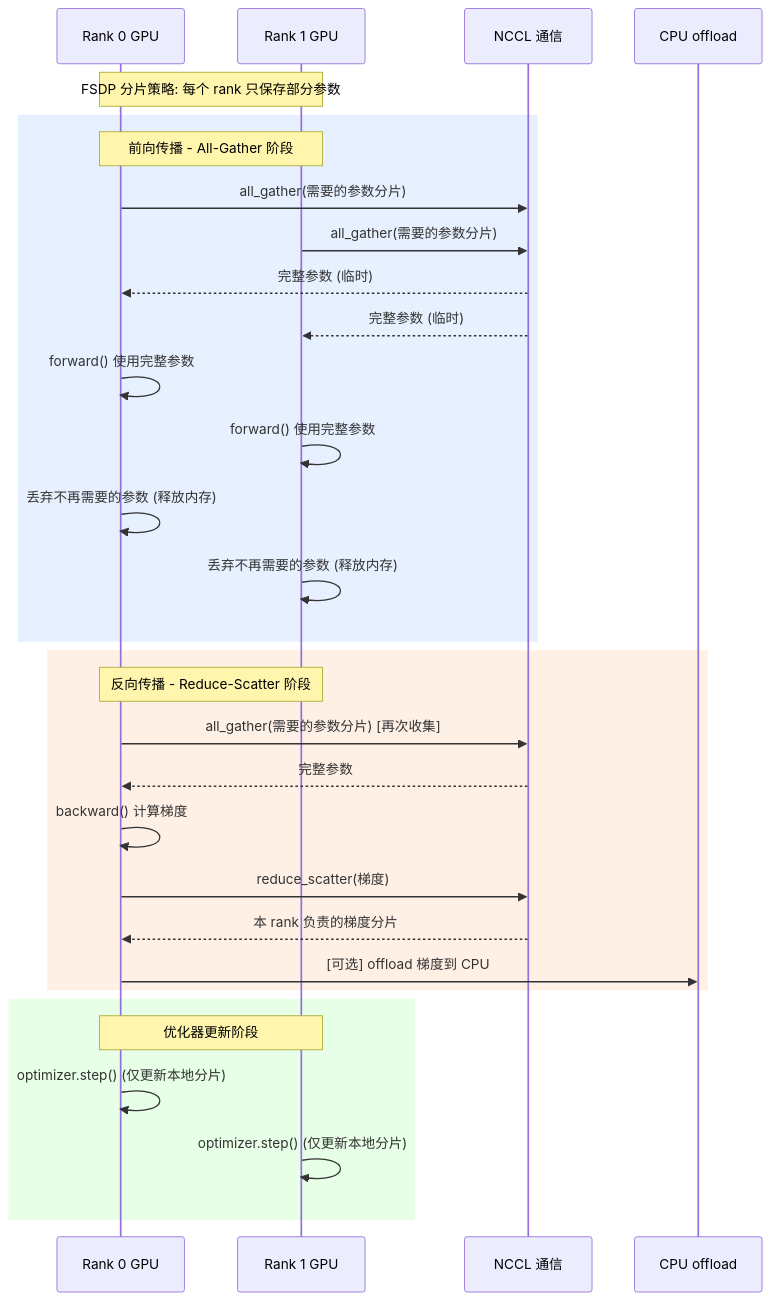
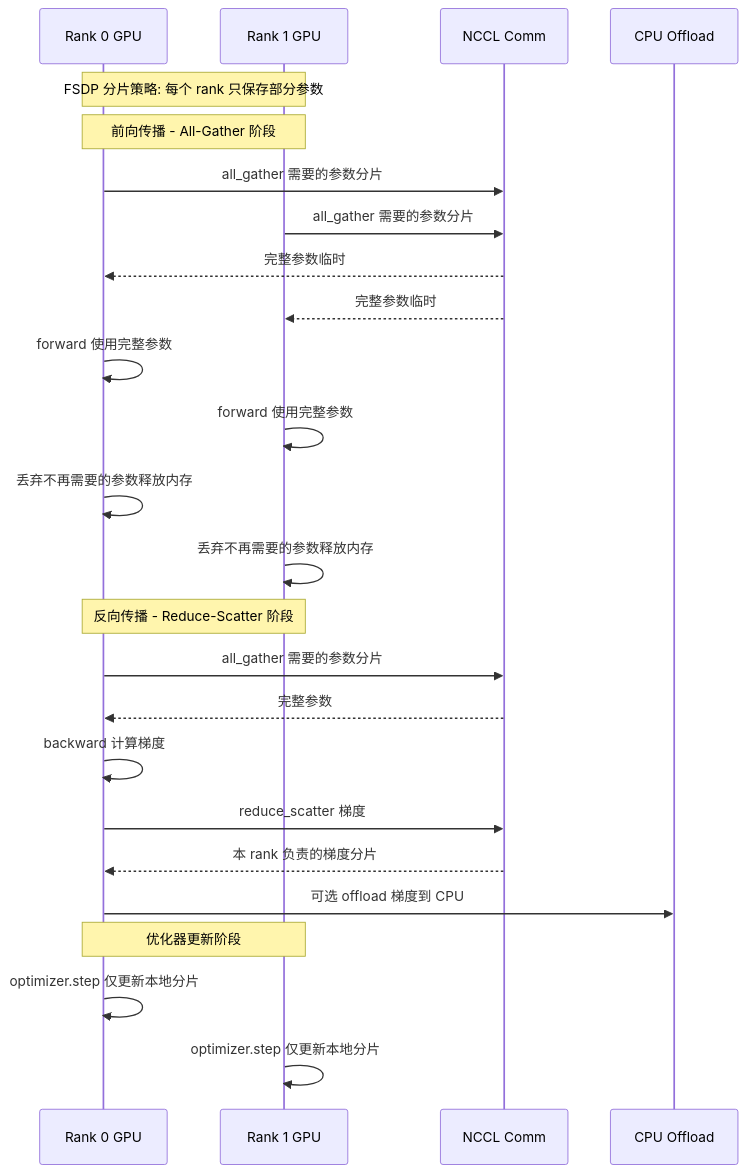
The sixth of 8 diagrams in AI Infra相关/Pytorch/pytorch的整体框架.md (carlvinhust2012/MyStudy), drawn with Mermaid before and after one commit. The commit also changed other lines of this file, not shown here.

````diff
--- a/AI Infra相关/Pytorch/pytorch的整体框架.md
+++ b/AI Infra相关/Pytorch/pytorch的整体框架.md
@@ -600,37 +589,31 @@
 ```mermaid
 sequenceDiagram
     participant R0 as Rank 0 GPU
     participant R1 as Rank 1 GPU
-    participant NCCL as NCCL 通信
-    participant CPU as CPU offload
+    participant NCCL as NCCL Comm
+    participant CPUOffload as CPU Offload
 
     Note over R0,R1: FSDP 分片策略: 每个 rank 只保存部分参数
 
-    rect rgb(230, 240, 255)
-        Note over R0,R1: 前向传播 - All-Gather 阶段
-        R0->>NCCL: all_gather(需要的参数分片)
-        R1->>NCCL: all_gather(需要的参数分片)
-        NCCL-->>R0: 完整参数 (临时)
-        NCCL-->>R1: 完整参数 (临时)
-        R0->>R0: forward() 使用完整参数
-        R1->>R1: forward() 使用完整参数
-        R0->>R0: 丢弃不再需要的参数 (释放内存)
-        R1->>R1: 丢弃不再需要的参数 (释放内存)
-    end
+    Note over R0,R1: 前向传播 - All-Gather 阶段
+    R0->>NCCL: all_gather 需要的参数分片
+    R1->>NCCL: all_gather 需要的参数分片
+    NCCL-->>R0: 完整参数临时
+    NCCL-->>R1: 完整参数临时
+    R0->>R0: forward 使用完整参数
+    R1->>R1: forward 使用完整参数
+    R0->>R0: 丢弃不再需要的参数释放内存
+    R1->>R1: 丢弃不再需要的参数释放内存
 
-    rect rgb(255, 240, 230)
-        Note over R0,R1: 反向传播 - Reduce-Scatter 阶段
-        R0->>NCCL: all_gather(需要的参数分片) [再次收集]
-        NCCL-->>R0: 完整参数
-        R0->>R0: backward() 计算梯度
-        R0->>NCCL: reduce_scatter(梯度)
-        NCCL-->>R0: 本 rank 负责的梯度分片
-        R0->>CPU: [可选] offload 梯度到 CPU
-    end
+    Note over R0,R1: 反向传播 - Reduce-Scatter 阶段
+    R0->>NCCL: all_gather 需要的参数分片
+    NCCL-->>R0: 完整参数
+    R0->>R0: backward 计算梯度
+    R0->>NCCL: reduce_scatter 梯度
+    NCCL-->>R0: 本 rank 负责的梯度分片
+    R0->>CPUOffload: 可选 offload 梯度到 CPU
 
-    rect rgb(230, 255, 230)
-        Note over R0,R1: 优化器更新阶段
-        R0->>R0: optimizer.step() (仅更新本地分片)
-        R1->>R1: optimizer.step() (仅更新本地分片)
-    end
+    Note over R0,R1: 优化器更新阶段
+    R0->>R0: optimizer.step 仅更新本地分片
+    R1->>R1: optimizer.step 仅更新本地分片
 ```
````
